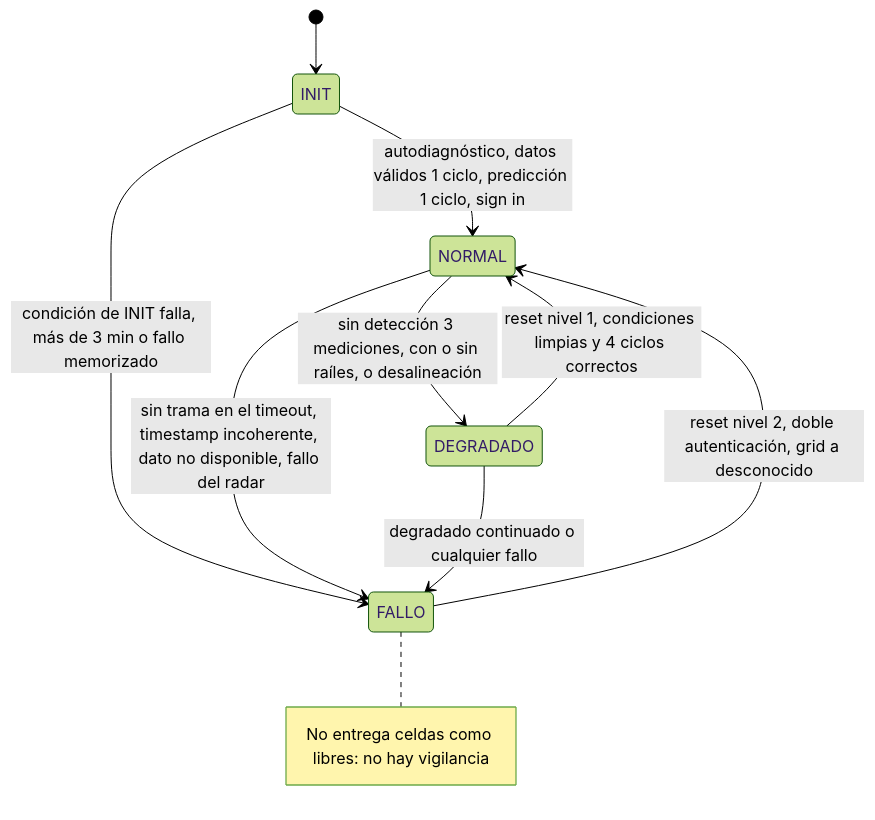
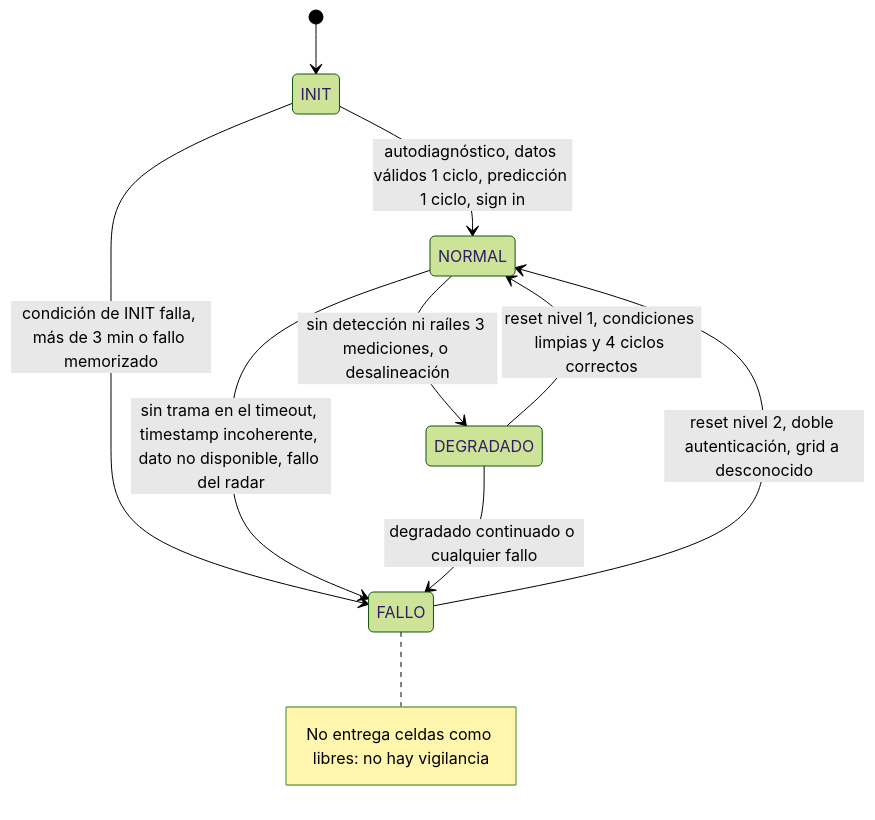
Before and after one commit to buzondealiciagarcia-cmyk/prueba-tecnica-saf: the diagram in docs/02-diseno/diagramas/estados.mmd, drawn with Mermaid (forest theme). The commit also changed 5 other files, not shown here.

```diff
--- a/docs/02-diseno/diagramas/estados.mmd
+++ b/docs/02-diseno/diagramas/estados.mmd
@@ -1,12 +1,12 @@
 stateDiagram-v2
   [*] --> INIT
   INIT --> NORMAL: autodiagnóstico, datos válidos 1 ciclo, predicción 1 ciclo, sign in
   INIT --> FALLO: condición de INIT falla, más de 3 min o fallo memorizado
-  NORMAL --> DEGRADADO: sin detección 3 mediciones, con o sin raíles, o desalineación
+  NORMAL --> DEGRADADO: sin detección ni raíles 3 mediciones, o desalineación
   NORMAL --> FALLO: sin trama en el timeout, timestamp incoherente, dato no disponible, fallo del radar
   DEGRADADO --> NORMAL: reset nivel 1, condiciones limpias y 4 ciclos correctos
   DEGRADADO --> FALLO: degradado continuado o cualquier fallo
   FALLO --> NORMAL: reset nivel 2, doble autenticación, grid a desconocido
   note right of FALLO
     No entrega celdas como libres: no hay vigilancia
   end note
```
